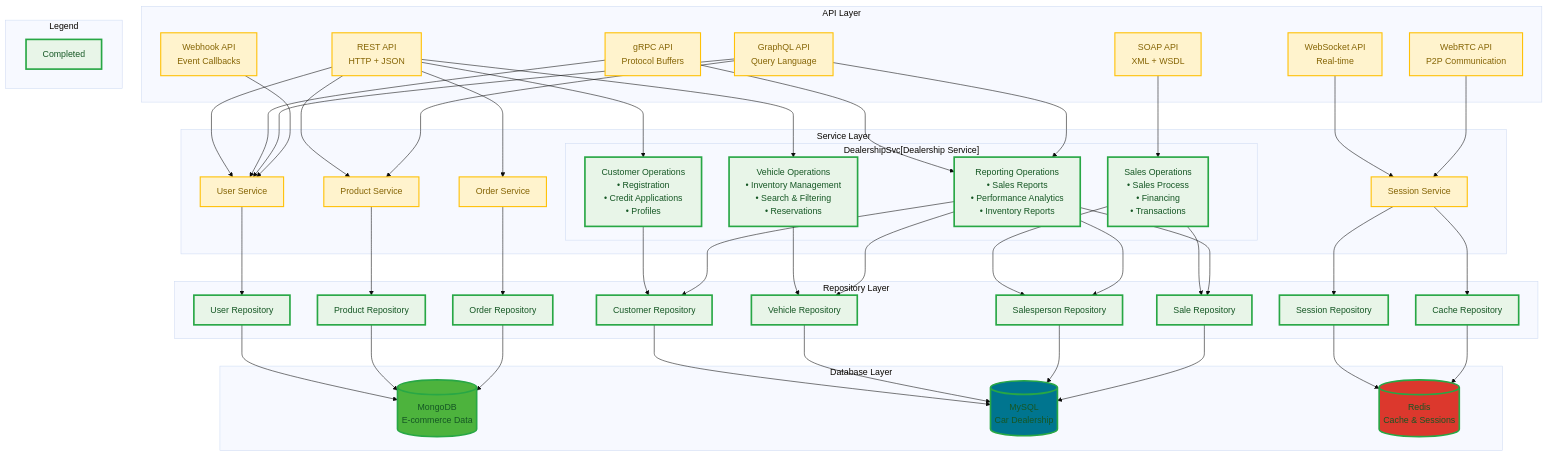
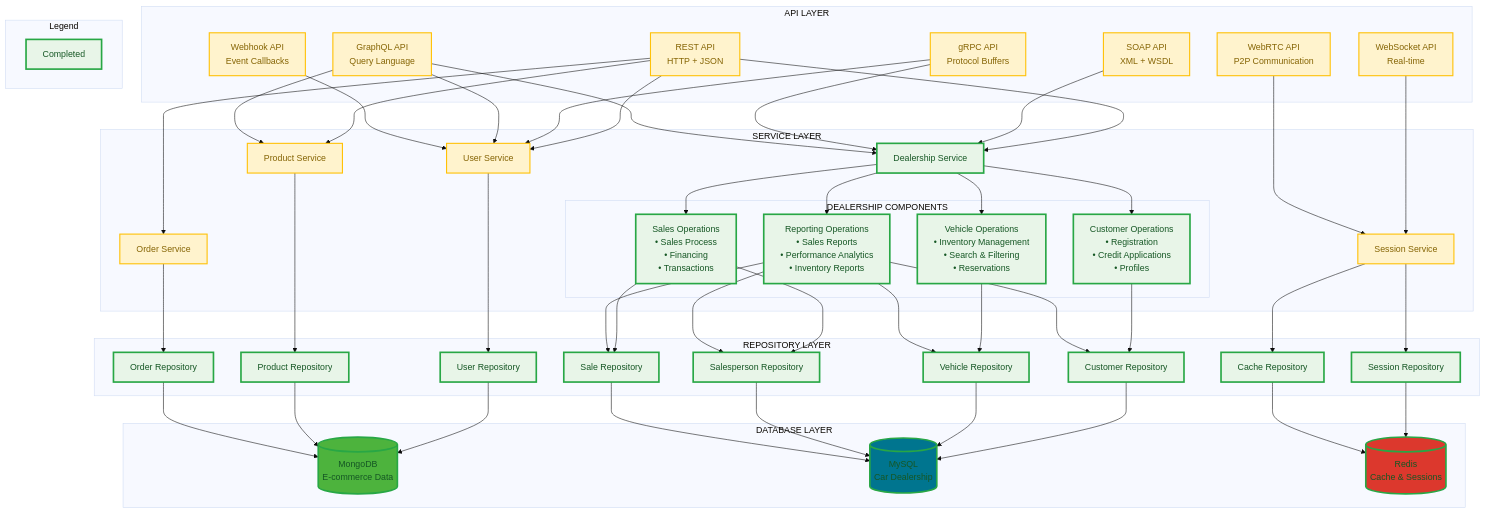
Before and after one commit to mckriel/api-server: the diagram in README.md, drawn with Mermaid (base theme).

Commit message:
mermaid preview not working in my ide

````diff
--- a/README.md
+++ b/README.md
@@ -19,6 +19,6 @@
 ```mermaid
 graph TB
-    subgraph "API Layer"
+    subgraph API ["API LAYER"]
         REST[REST API<br/>HTTP + JSON]
         SOAP[SOAP API<br/>XML + WSDL]
         GRPC[gRPC API<br/>Protocol Buffers]
@@ -28,13 +28,14 @@
         Webhook[Webhook API<br/>Event Callbacks]
     end
 
-    subgraph "Service Layer"
+    subgraph SERVICE ["SERVICE LAYER"]
         UserSvc[User Service]
         ProductSvc[Product Service]
         OrderSvc[Order Service]
         SessionSvc[Session Service]
+        DealershipSvc[Dealership Service]
         
-        subgraph "DealershipSvc[Dealership Service]"
+        subgraph DEALERSHIP ["DEALERSHIP COMPONENTS"]
             CustomerOps[Customer Operations<br/>• Registration<br/>• Credit Applications<br/>• Profiles]
             VehicleOps[Vehicle Operations<br/>• Inventory Management<br/>• Search & Filtering<br/>• Reservations]
             SalesOps[Sales Operations<br/>• Sales Process<br/>• Financing<br/>• Transactions]
@@ -42,7 +43,7 @@
         end
     end
 
-    subgraph "Repository Layer"
+    subgraph REPOSITORY ["REPOSITORY LAYER"]
         UserRepo[User Repository]
         ProductRepo[Product Repository]
         OrderRepo[Order Repository]
@@ -54,7 +55,7 @@
         CacheRepo[Cache Repository]
     end
 
-    subgraph "Database Layer"
+    subgraph DATABASE ["DATABASE LAYER"]
         MongoDB[(MongoDB<br/>E-commerce Data)]
         MySQL[(MySQL<br/>Car Dealership)]
         Redis[(Redis<br/>Cache & Sessions)]
@@ -67,14 +68,13 @@
     REST --> UserSvc
     REST --> ProductSvc
     REST --> OrderSvc
-    REST --> CustomerOps
-    REST --> VehicleOps
-    SOAP --> SalesOps
+    REST --> DealershipSvc
+    SOAP --> DealershipSvc
     GRPC --> UserSvc
-    GRPC --> ReportOps
+    GRPC --> DealershipSvc
     GraphQL --> UserSvc
     GraphQL --> ProductSvc
-    GraphQL --> ReportOps
+    GraphQL --> DealershipSvc
     WS --> SessionSvc
     WebRTC --> SessionSvc
     Webhook --> UserSvc
@@ -82,6 +82,11 @@
     UserSvc --> UserRepo
     ProductSvc --> ProductRepo
     OrderSvc --> OrderRepo
+    
+    DealershipSvc --> CustomerOps
+    DealershipSvc --> VehicleOps
+    DealershipSvc --> SalesOps
+    DealershipSvc --> ReportOps
     CustomerOps --> CustomerRepo
     VehicleOps --> VehicleRepo
     SalesOps --> SalespersonRepo
@@ -117,8 +122,8 @@
     class CustomerRepo,VehicleRepo,SalespersonRepo,SaleRepo,MySQL completed
     class SessionRepo,CacheRepo,Redis completed
     
-    %% Apply completed styling to DealershipSvc components
-    class CustomerOps,VehicleOps,SalesOps,ReportOps completed
+    %% Apply completed styling to DealershipSvc and components
+    class DealershipSvc,CustomerOps,VehicleOps,SalesOps,ReportOps completed
     
     %% Apply pending styling to not-yet-implemented components
     class UserSvc,ProductSvc,OrderSvc,SessionSvc pending
````
